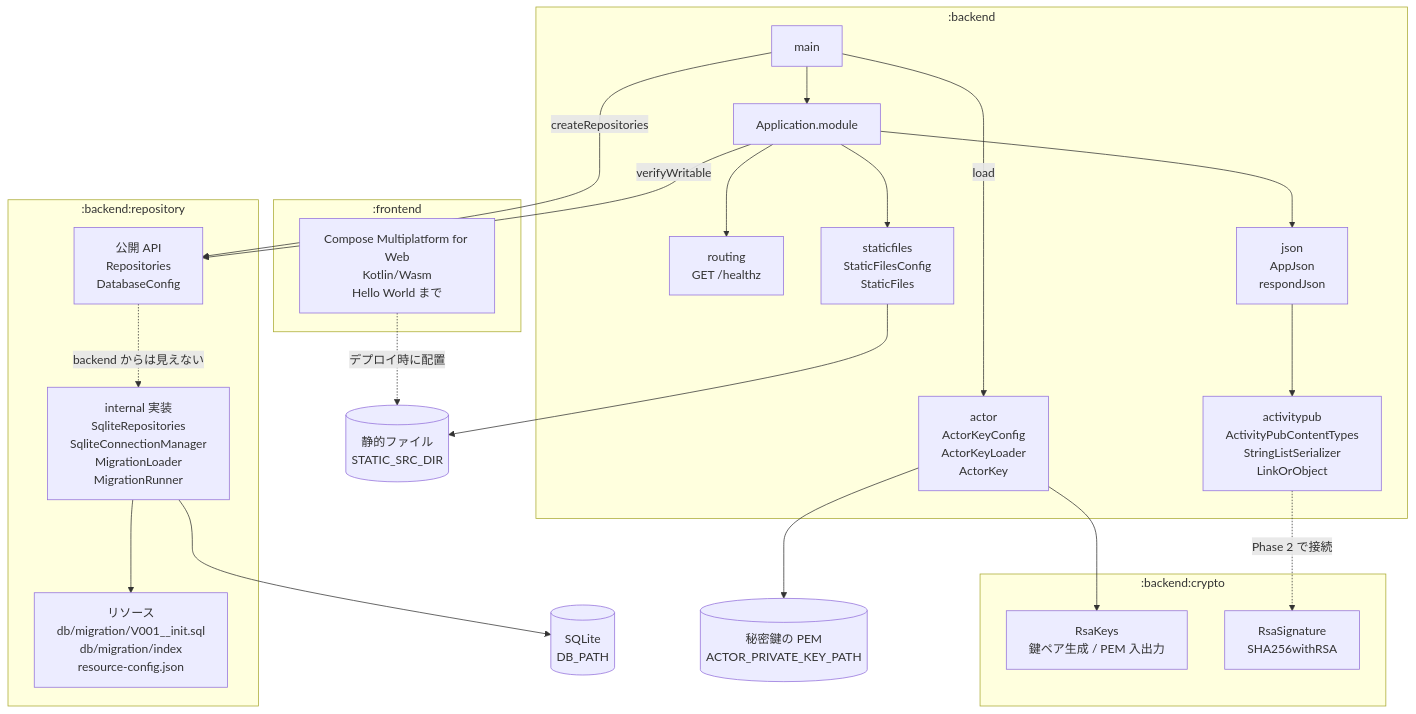
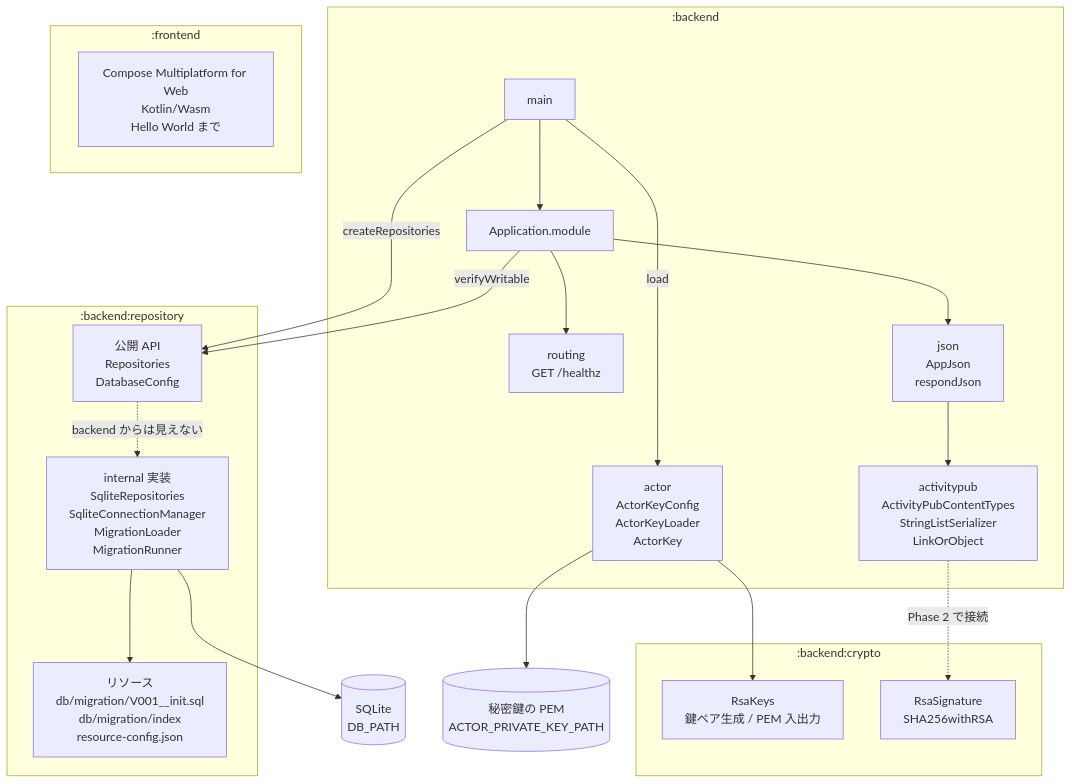
The diagram in README.md (matsudamper/mastodon-rss), drawn with Mermaid before and after one commit. The commit also changed other lines of this file, not shown here.

````diff
--- a/README.md
+++ b/README.md
@@ -14,48 +14,43 @@
 ```mermaid
 flowchart TB
     subgraph backend[":backend"]
         main["main"]
         module["Application.module"]
         route["routing<br/>GET /healthz"]
         json["json<br/>AppJson<br/>respondJson"]
         ap["activitypub<br/>ActivityPubContentTypes<br/>StringListSerializer<br/>LinkOrObject"]
         actor["actor<br/>ActorKeyConfig<br/>ActorKeyLoader<br/>ActorKey"]
-        static["staticfiles<br/>StaticFilesConfig<br/>StaticFiles"]
     end
 
     subgraph crypto[":backend:crypto"]
         keys["RsaKeys<br/>鍵ペア生成 / PEM 入出力"]
         sign["RsaSignature<br/>SHA256withRSA"]
     end
 
     subgraph repository[":backend:repository"]
         api["公開 API<br/>Repositories<br/>DatabaseConfig"]
         impl["internal 実装<br/>SqliteRepositories<br/>SqliteConnectionManager<br/>MigrationLoader<br/>MigrationRunner"]
         res["リソース<br/>db/migration/V001__init.sql<br/>db/migration/index<br/>resource-config.json"]
     end
 
     subgraph frontend[":frontend"]
         compose["Compose Multiplatform for Web<br/>Kotlin/Wasm<br/>Hello World まで"]
     end
 
     db[("SQLite<br/>DB_PATH")]
 
     main --> module
     module --> json
     module --> route
     json --> ap
     main -->|createRepositories| api
     main -->|load| actor
     module -->|verifyWritable| api
     api -.->|backend からは見えない| impl
     impl --> res
     impl --> db
     actor --> keys
     ap -.->|Phase 2 で接続| sign
     key[("秘密鍵の PEM<br/>ACTOR_PRIVATE_KEY_PATH")]
     actor --> key
-    dist[("静的ファイル<br/>STATIC_SRC_DIR")]
-    module --> static
-    static --> dist
-    compose -.->|デプロイ時に配置| dist
 ```
````
